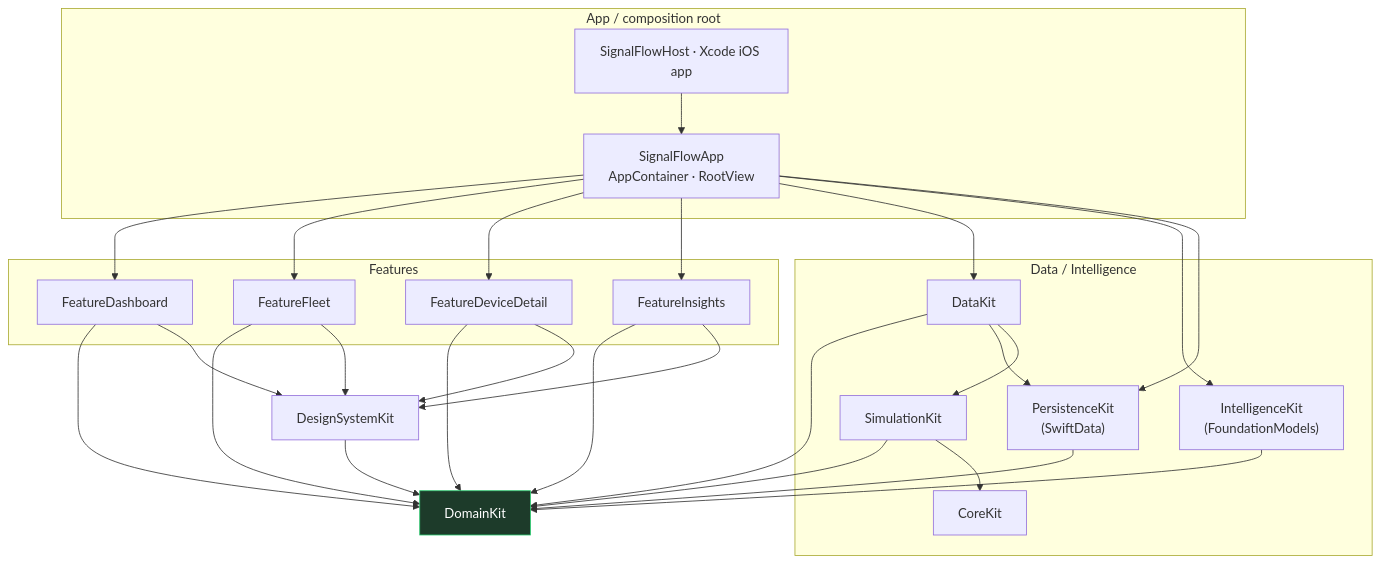
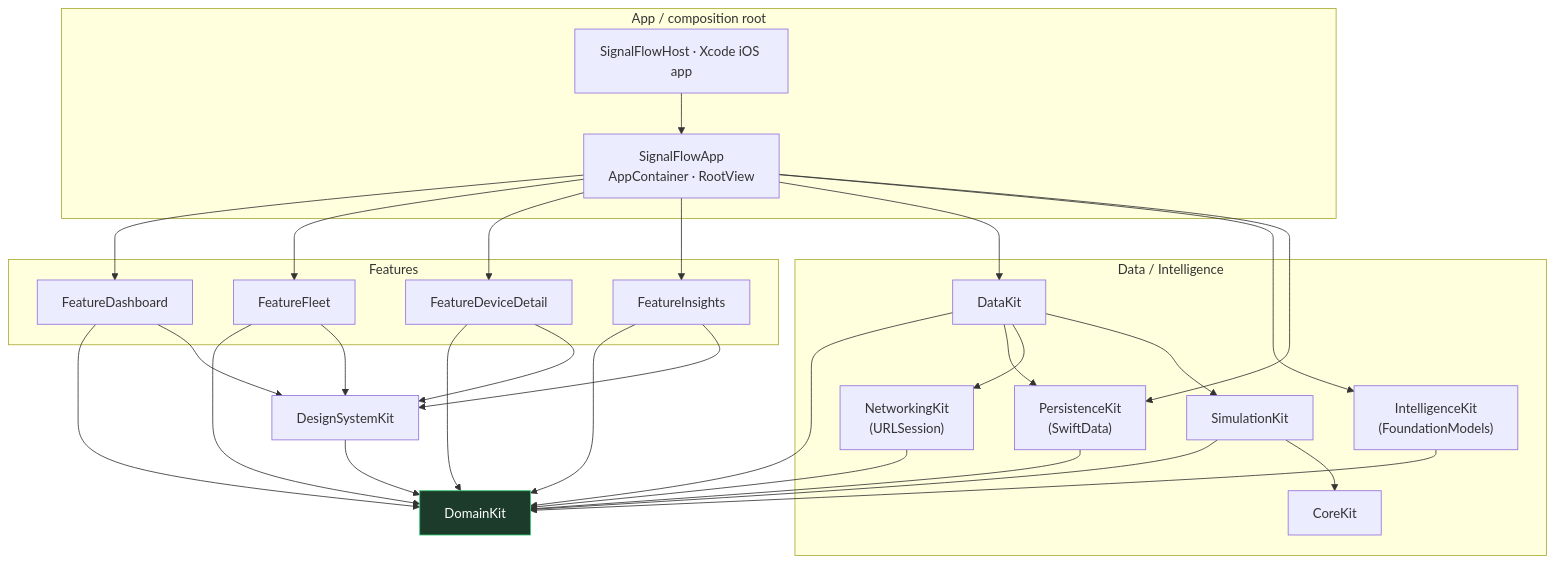
The second of 2 diagrams in README.md (donatogomez/signal-flow), drawn with Mermaid before and after one commit. The commit also changed other lines of this file and 25 other files, not shown here.

First line of the commit message:
Implement NetworkingKit (#10)

````diff
--- a/README.md
+++ b/README.md
@@ -129,41 +130,44 @@
 ```mermaid
 flowchart TD
     subgraph AppLayer["App / composition root"]
         HOST["SignalFlowHost · Xcode iOS app"]
         APPLIB["SignalFlowApp<br/>AppContainer · RootView"]
     end
     subgraph FeatureLayer["Features"]
         F1[FeatureDashboard]
         F2[FeatureFleet]
         F3[FeatureDeviceDetail]
         F4[FeatureInsights]
     end
     DS[DesignSystemKit]
     subgraph DataLayer["Data / Intelligence"]
         DK[DataKit]
         PERSIST["PersistenceKit<br/>(SwiftData)"]
+        NET["NetworkingKit<br/>(URLSession)"]
         INTEL["IntelligenceKit<br/>(FoundationModels)"]
         SIM[SimulationKit]
         CORE[CoreKit]
     end
     DOM[DomainKit]
 
     HOST --> APPLIB
     APPLIB --> F1 & F2 & F3 & F4
     APPLIB --> DK
     APPLIB --> INTEL
     APPLIB --> PERSIST
     F1 & F2 & F3 & F4 --> DOM
     F1 & F2 & F3 & F4 --> DS
     DS --> DOM
     DK --> DOM
     DK --> PERSIST
+    DK --> NET
     PERSIST --> DOM
+    NET --> DOM
     INTEL --> DOM
     DK --> SIM
     SIM --> DOM
     SIM --> CORE
 
     classDef domain fill:#1d3b2a,stroke:#2ecc71,color:#fff;
     class DOM domain;
 ```
````
